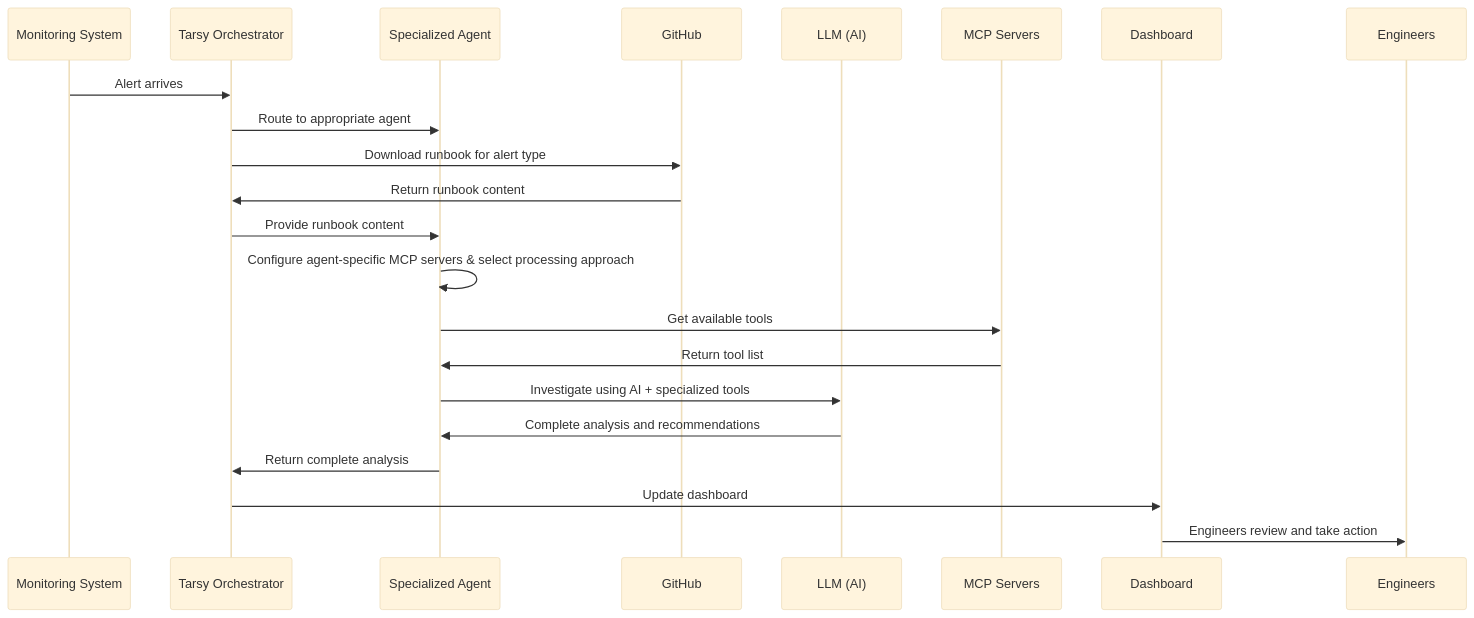
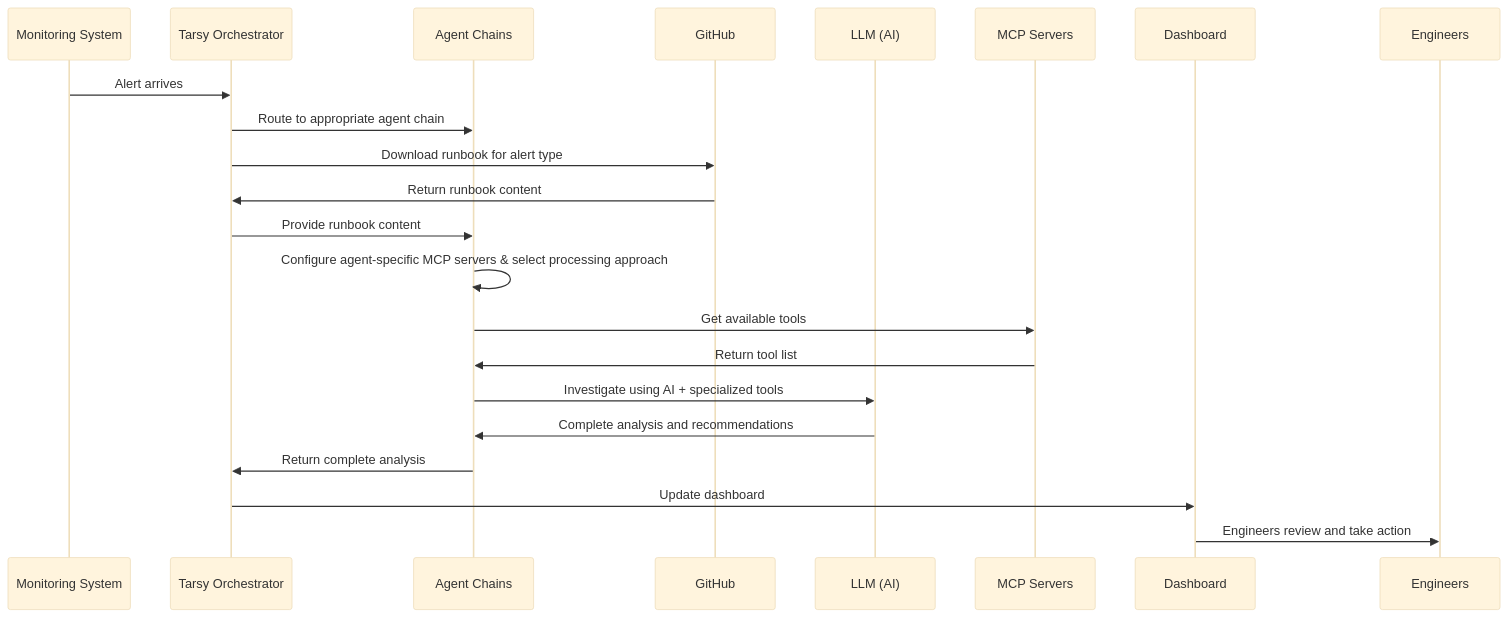
One commit to rsoaresd/tarsy-bot changed the second of 4 diagrams in docs/architecture-overview.md. Above: the diagram before and after it, drawn with Mermaid (base theme). The commit also changed other lines of this file and 110 other files, not shown here.

Commit message:
EP-0008 (Phase 1): Sequential Agent Chains  (#23)

````diff
--- a/docs/architecture-overview.md
+++ b/docs/architecture-overview.md
@@ -47,27 +60,27 @@
 ```mermaid
 sequenceDiagram
     participant M as Monitoring System
     participant T as Tarsy Orchestrator  
-    participant A as Specialized Agent
+    participant A as Agent Chains
     participant R as GitHub
     participant L as LLM (AI)
     participant MCP as MCP Servers
     participant D as Dashboard
     participant E as Engineers
 
     M->>T: Alert arrives
-    T->>A: Route to appropriate agent
+    T->>A: Route to appropriate agent chain
     T->>R: Download runbook for alert type
     R->>T: Return runbook content
     T->>A: Provide runbook content
     A->>A: Configure agent-specific MCP servers & select processing approach
     A->>MCP: Get available tools
     MCP->>A: Return tool list
     
     A->>L: Investigate using AI + specialized tools
     L->>A: Complete analysis and recommendations
     
     A->>T: Return complete analysis
     T->>D: Update dashboard
     D->>E: Engineers review and take action
 ```
````
